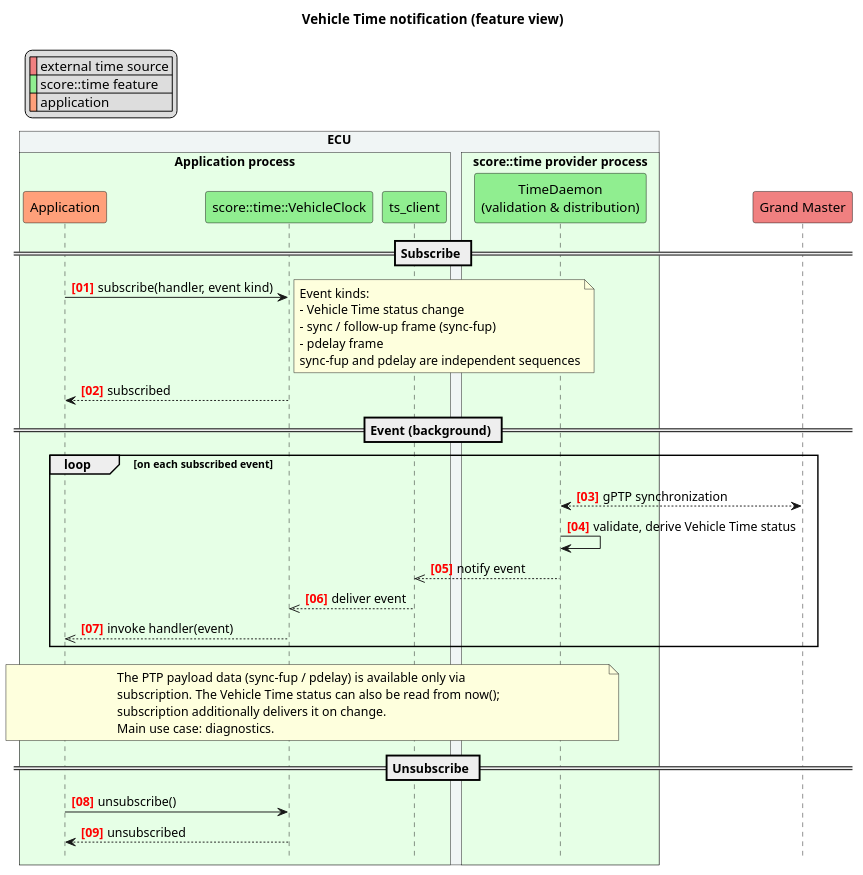
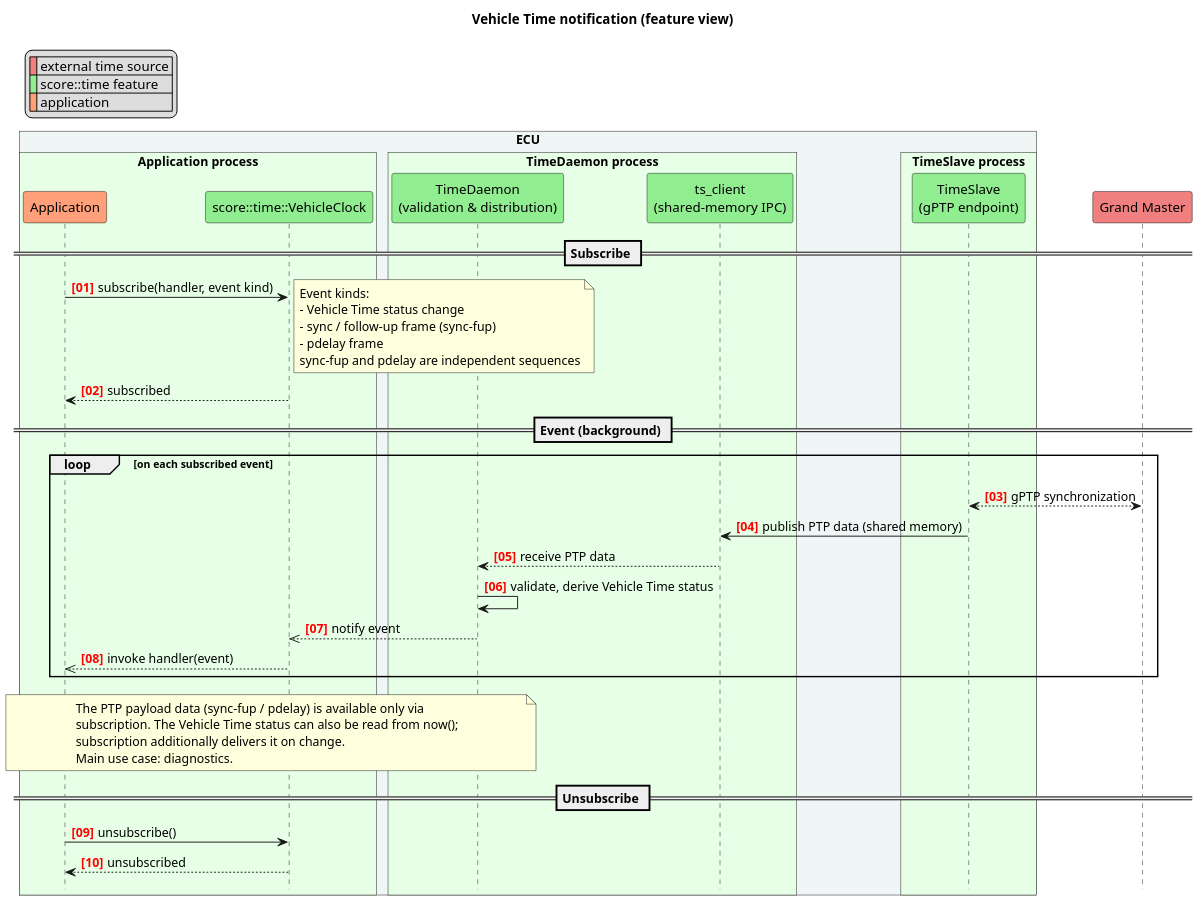
One commit to eclipse-score/time changed the diagram in docs/features/architecture/_assets/vehicle_time_notification.puml. Above: the diagram before and after it, drawn with PlantUML. The commit also changed 6 other files, not shown here.

```diff
--- a/docs/features/architecture/_assets/vehicle_time_notification.puml
+++ b/docs/features/architecture/_assets/vehicle_time_notification.puml
@@ -14,59 +14,63 @@
 @startuml
 
 hide footbox
 
 autonumber "<font color=red><b>[00]"
 
 title Vehicle Time notification (feature view)
 
 legend top left
 | <#LightCoral>  | external time source |
 | <#LightGreen>  | score::time feature  |
 | <#LightSalmon> | application          |
 endlegend
 
 !pragma teoz true
 box "ECU" #f0f5f5
   box "Application process" #e6ffe6
     participant "Application"                      as app  #LightSalmon
-    participant "score::time::VehicleClock"         as vc   #LightGreen
-    participant "ts_client"                         as tsc  #LightGreen
+    participant "score::time::VehicleClock"        as vc   #LightGreen
   end box
-  box "score::time provider process" #e6ffe6
+  box "TimeDaemon process" #e6ffe6
     participant "TimeDaemon\n(validation & distribution)" as td #LightGreen
+    participant "ts_client\n(shared-memory IPC)" as tsc #LightGreen
+  end box
+  box "TimeSlave process" #e6ffe6
+    participant "TimeSlave\n(gPTP endpoint)" as ts #LightGreen
   end box
 end box
 participant "Grand Master" as host #LightCoral
 
 == Subscribe ==
 app -> vc : subscribe(handler, event kind)
 note right
   Event kinds:
   - Vehicle Time status change
   - sync / follow-up frame (sync-fup)
   - pdelay frame
   sync-fup and pdelay are independent sequences
 end note
 vc --> app : subscribed
 
 == Event (background) ==
 loop on each subscribed event
-  host <--> td : gPTP synchronization
+  host <--> ts : gPTP synchronization
+  ts -> tsc : publish PTP data (shared memory)
+  tsc --> td : receive PTP data
   td -> td : validate, derive Vehicle Time status
-  td -->> tsc : notify event
-  tsc -->> vc : deliver event
+  td -->> vc : notify event
   vc -->> app : invoke handler(event)
 end
 
 note over app, td
   The PTP payload data (sync-fup / pdelay) is available only via
   subscription. The Vehicle Time status can also be read from now();
   subscription additionally delivers it on change.
   Main use case: diagnostics.
 end note
 
 == Unsubscribe ==
 app -> vc : unsubscribe()
 vc --> app : unsubscribed
 
 @enduml
```
